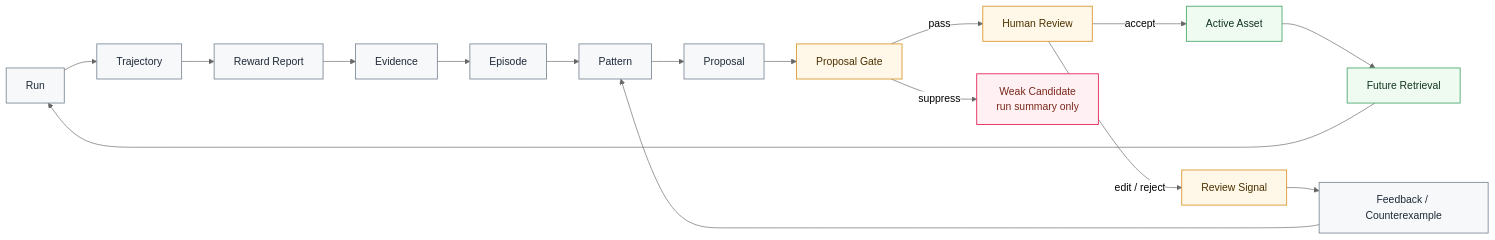
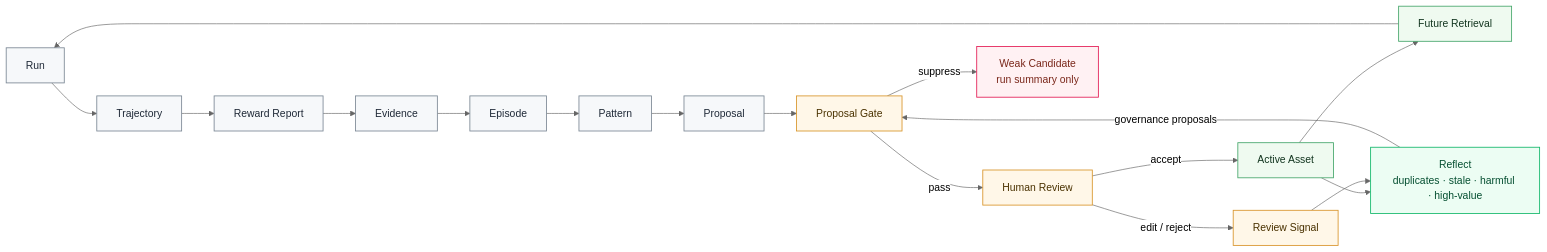
Before and after one commit to Praxile-Alpha/Praxile: the second of 3 diagrams in README.md, drawn with Mermaid (neutral theme). The commit also changed other lines of this file and 17 other files, not shown here.

````diff
--- a/README.md
+++ b/README.md
@@ -114,18 +123,21 @@
 ```mermaid
 flowchart LR
     classDef step fill:#F6F8FA,stroke:#7B8794,color:#1F2937,stroke-width:1.3px;
     classDef gate fill:#FFF7E8,stroke:#D8942A,color:#4A3200,stroke-width:1.3px;
     classDef asset fill:#EFFAF0,stroke:#45A66A,color:#12351F,stroke-width:1.3px;
     classDef weak fill:#FFF1F3,stroke:#E31B54,color:#7A271A,stroke-width:1.3px;
+    classDef reflect fill:#ECFDF3,stroke:#12B76A,color:#054F31,stroke-width:1.3px;
 
     A["Run"]:::step --> B["Trajectory"]:::step --> C["Reward Report"]:::step --> D["Evidence"]:::step --> E["Episode"]:::step --> F["Pattern"]:::step --> G["Proposal"]:::step
     G --> H["Proposal Gate"]:::gate
     H -->|pass| I["Human Review"]:::gate
     H -->|suppress| W["Weak Candidate<br/>run summary only"]:::weak
     I -->|accept| J["Active Asset"]:::asset
     I -->|edit / reject| K["Review Signal"]:::gate
     J --> L["Future Retrieval"]:::asset
-    K --> M["Feedback / Counterexample"]:::step
     L --> A
-    M --> F
+
+    J --> R["Reflect<br/>duplicates · stale · harmful · high-value"]:::reflect
+    K --> R
+    R -->|governance proposals| H
 ```
````
